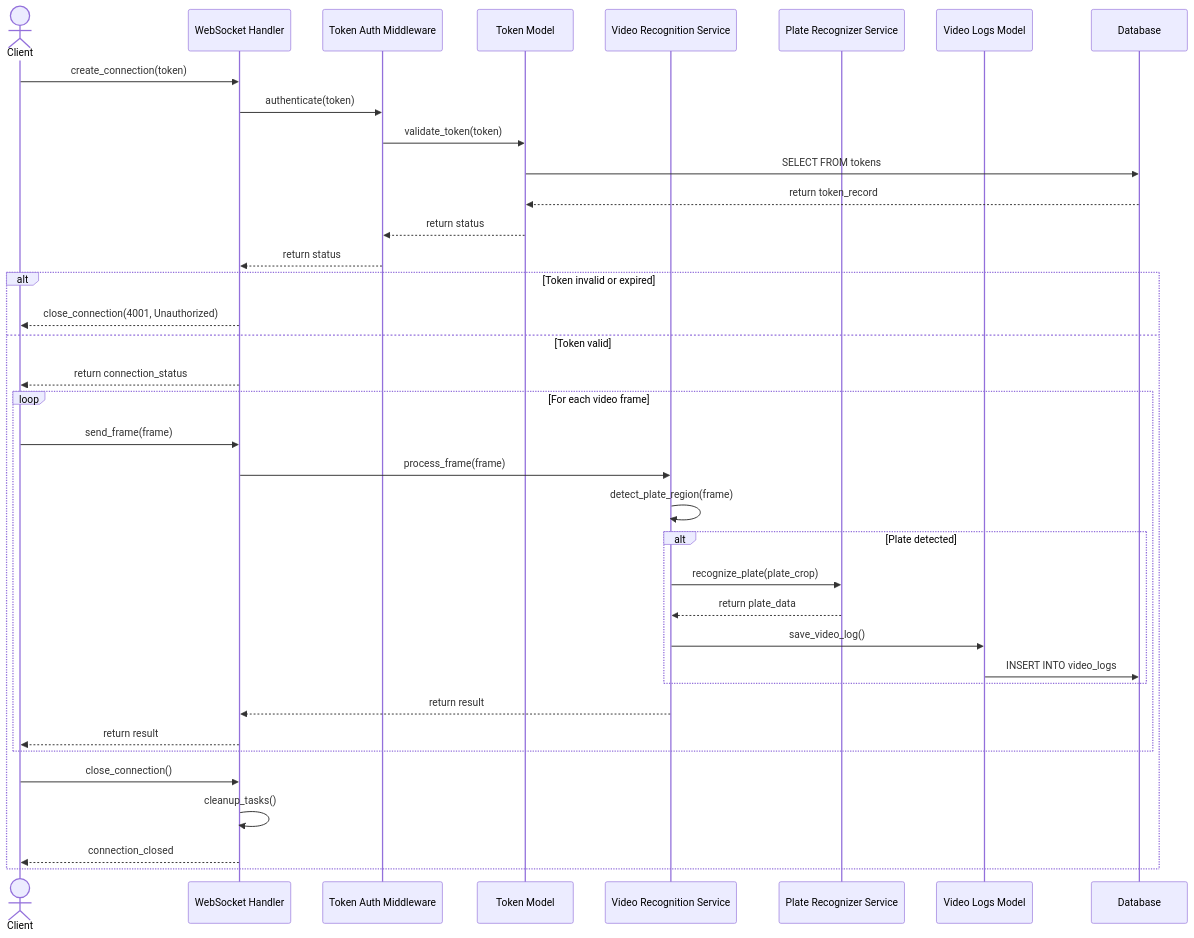
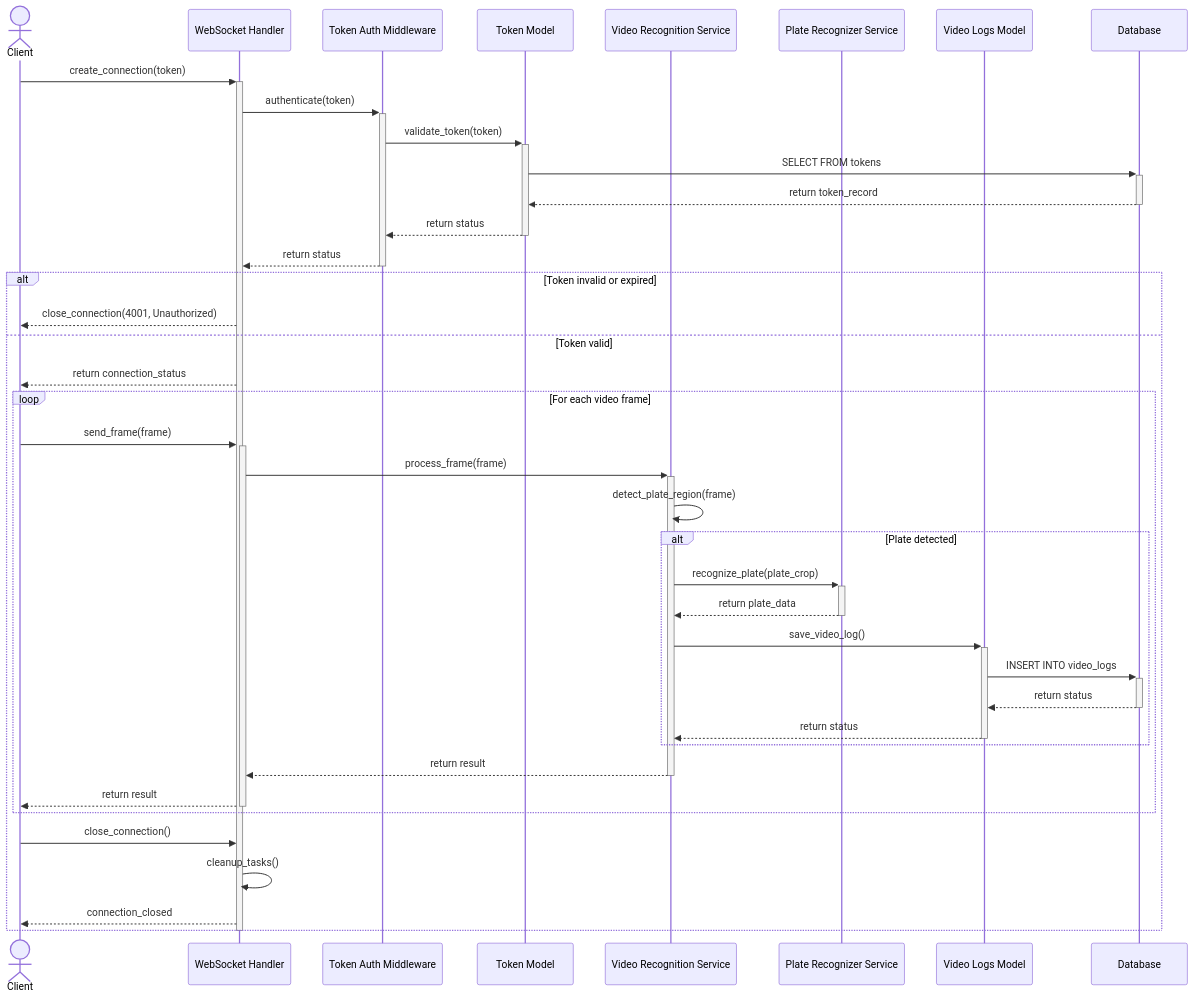
One commit to Tanaphat-Ken/ALPR-V2 changed diagram 11 of 20 in SYSTEM_DIAGRAMS.md. Above: the diagram before and after it, drawn with Mermaid. The commit also changed other lines of this file, not shown here.

First line of the commit message:
fix: resolve Mermaid activation bar errors across sequence diagrams

````diff
--- a/SYSTEM_DIAGRAMS.md
+++ b/SYSTEM_DIAGRAMS.md
@@ -437,45 +455,46 @@
 ```mermaid
 sequenceDiagram
     actor Client
     participant WSHandler as WebSocket Handler
     participant TAM as Token Auth Middleware
     participant TokenModel as Token Model
     participant VideoService as Video Recognition Service
     participant PR as Plate Recognizer Service
     participant VideoLogsModel as Video Logs Model
     participant DB as Database
 
-    Client->>WSHandler: create_connection(token)
-    WSHandler->>TAM: authenticate(token)
-    TAM->>TokenModel: validate_token(token)
-    TokenModel->>DB: SELECT FROM tokens
-    DB-->>TokenModel: return token_record
-    TokenModel-->>TAM: return status
-    TAM-->>WSHandler: return status
+    Client->>+WSHandler: create_connection(token)
+    WSHandler->>+TAM: authenticate(token)
+    TAM->>+TokenModel: validate_token(token)
+    TokenModel->>+DB: SELECT FROM tokens
+    DB-->>-TokenModel: return token_record
+    TokenModel-->>-TAM: return status
+    TAM-->>-WSHandler: return status
 
     alt Token invalid or expired
         WSHandler-->>Client: close_connection(4001, Unauthorized)
     else Token valid
         WSHandler-->>Client: return connection_status
 
-
         loop For each video frame
-            Client->>WSHandler: send_frame(frame)
-            WSHandler->>VideoService: process_frame(frame)
+            Client->>+WSHandler: send_frame(frame)
+            WSHandler->>+VideoService: process_frame(frame)
             VideoService->>VideoService: detect_plate_region(frame)
             alt Plate detected
-                VideoService->>PR: recognize_plate(plate_crop)
-                PR-->>VideoService: return plate_data
-                VideoService->>VideoLogsModel: save_video_log()
-                VideoLogsModel->>DB: INSERT INTO video_logs
-
+                VideoService->>+PR: recognize_plate(plate_crop)
+                PR-->>-VideoService: return plate_data
+                VideoService->>+VideoLogsModel: save_video_log()
+                VideoLogsModel->>+DB: INSERT INTO video_logs
+                DB-->>-VideoLogsModel: return status
+                VideoLogsModel-->>-VideoService: return status
             end
-            VideoService-->>WSHandler: return result
-            WSHandler-->>Client: return result
+            VideoService-->>-WSHandler: return result
+            WSHandler-->>-Client: return result
         end
 
         Client->>WSHandler: close_connection()
         WSHandler->>WSHandler: cleanup_tasks()
         WSHandler-->>Client: connection_closed
     end
+    deactivate WSHandler
 ```
````
